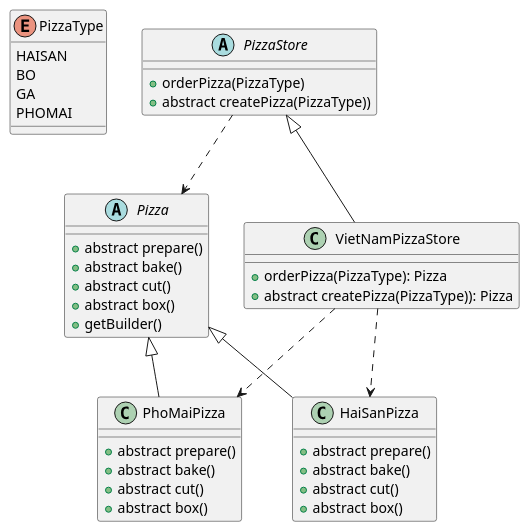
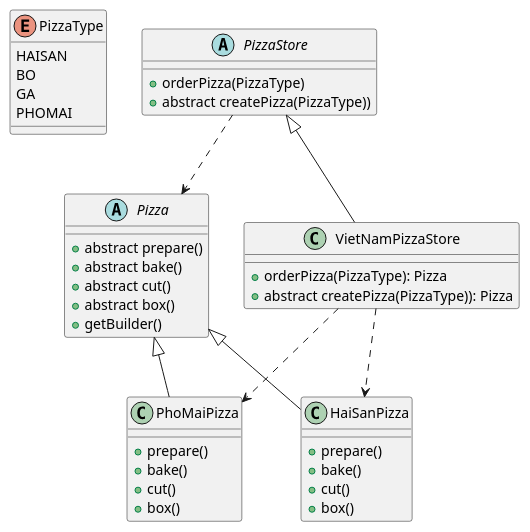
One commit to hgun-nugye/SOFTWARE_ARCHITECTURE_AND_DESIGN changed the diagram in Exercises/src/creational/factory/pizza/Pizza.puml. Above: the diagram before and after it, drawn with PlantUML. The commit also changed 1 other file, not shown here.

```diff
--- a/Exercises/src/creational/factory/pizza/Pizza.puml
+++ b/Exercises/src/creational/factory/pizza/Pizza.puml
@@ -1,51 +1,51 @@
 @startuml
 'https://plantuml.com/class-diagram
 
 enum PizzaType {
     HAISAN
     BO
     GA
     PHOMAI
 }
 
 abstract class Pizza {
     + abstract prepare()
     + abstract bake()
     + abstract cut()
     + abstract box()
     + getBuilder()
 }
 
 abstract class PizzaStore {
     + orderPizza(PizzaType)
     + abstract createPizza(PizzaType))
 }
 
 class PhoMaiPizza {
-    + abstract prepare()
-    + abstract bake()
-    + abstract cut()
-    + abstract box()
+    + prepare()
+    + bake()
+    + cut()
+    + box()
 }
 
 class HaiSanPizza{
-    + abstract prepare()
-    + abstract bake()
-    + abstract cut()
-    + abstract box()
+    + prepare()
+    + bake()
+    + cut()
+    + box()
 }
 
 class VietNamPizzaStore{
     + orderPizza(PizzaType): Pizza
     + abstract createPizza(PizzaType)): Pizza
 }
 
 Pizza <|-- PhoMaiPizza
 Pizza <|-- HaiSanPizza
 PizzaStore <|-- VietNamPizzaStore
 
 VietNamPizzaStore ..> HaiSanPizza
 VietNamPizzaStore ..> PhoMaiPizza
 PizzaStore ..> Pizza
 
 @enduml
```
